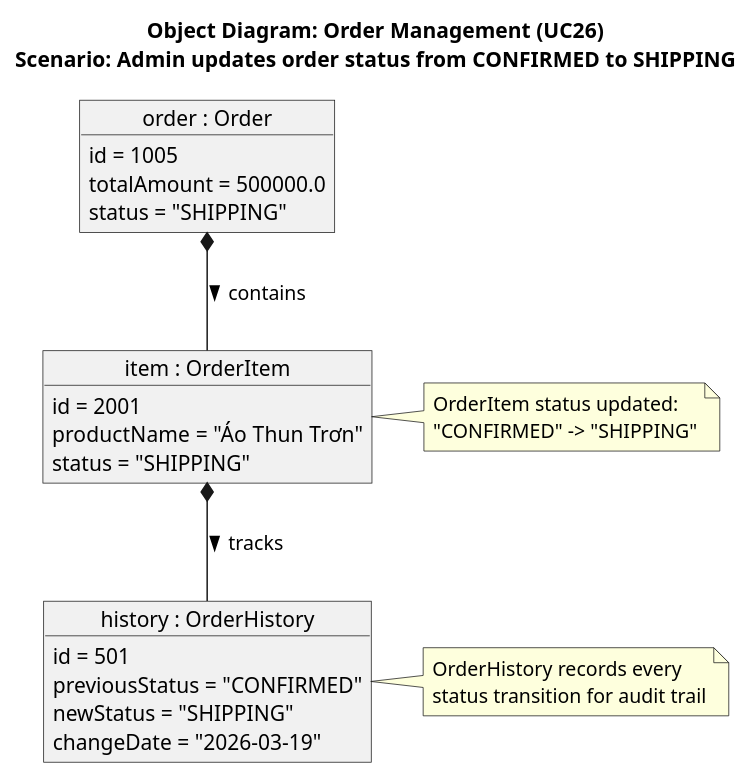
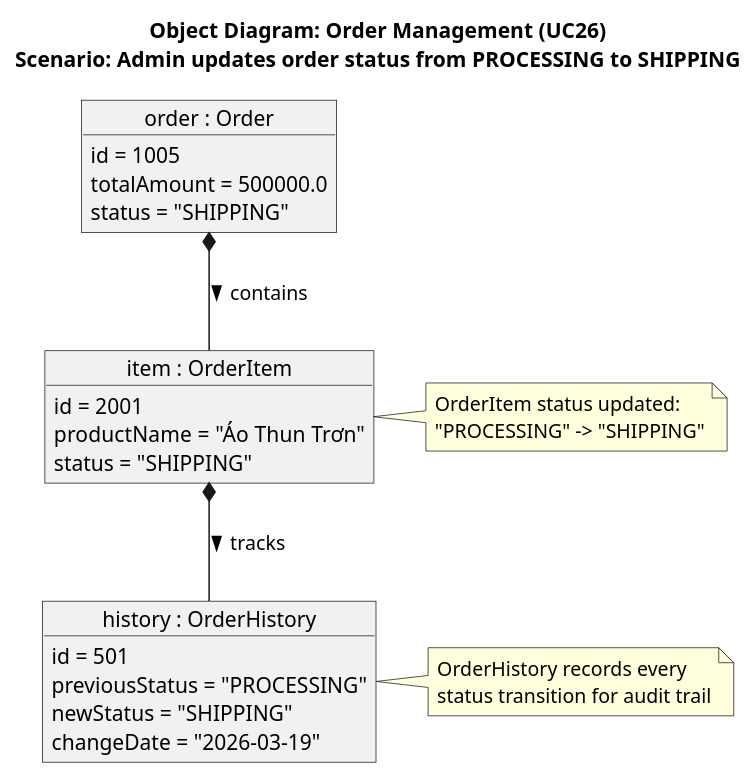
The diagram in src/main/java/org/example/fashionstoresystem/uml/Object/OD26_OrderManagement.puml (Peterdir/fashion-store-system), drawn with PlantUML before and after one commit. The commit also changed 13 other files, not shown here.

Commit message:
Update uml

```diff
--- a/src/main/java/org/example/fashionstoresystem/uml/Object/OD26_OrderManagement.puml
+++ b/src/main/java/org/example/fashionstoresystem/uml/Object/OD26_OrderManagement.puml
@@ -1,40 +1,40 @@
 @startuml
-title Object Diagram: Order Management (UC26)\nScenario: Admin updates order status from CONFIRMED to SHIPPING
+title Object Diagram: Order Management (UC26)\nScenario: Admin updates order status from PROCESSING to SHIPPING
 
 ' Entity - Order
 object "order : Order" as order {
     id = 1005
     totalAmount = 500000.0
     status = "SHIPPING"
 }
 
 ' Entity - OrderItem after status update
 object "item : OrderItem" as item {
     id = 2001
     productName = "Áo Thun Trơn"
     status = "SHIPPING"
 }
 
 ' Entity - History record created
 object "history : OrderHistory" as history {
     id = 501
-    previousStatus = "CONFIRMED"
+    previousStatus = "PROCESSING"
     newStatus = "SHIPPING"
     changeDate = "2026-03-19"
 }
 
 ' Structural Relationships
 order *-- item : contains >
 item *-- history : tracks >
 
 note right of item
     OrderItem status updated:
-    "CONFIRMED" -> "SHIPPING"
+    "PROCESSING" -> "SHIPPING"
 end note
 
 note right of history
     OrderHistory records every
     status transition for audit trail
 end note
 
 @enduml
```
